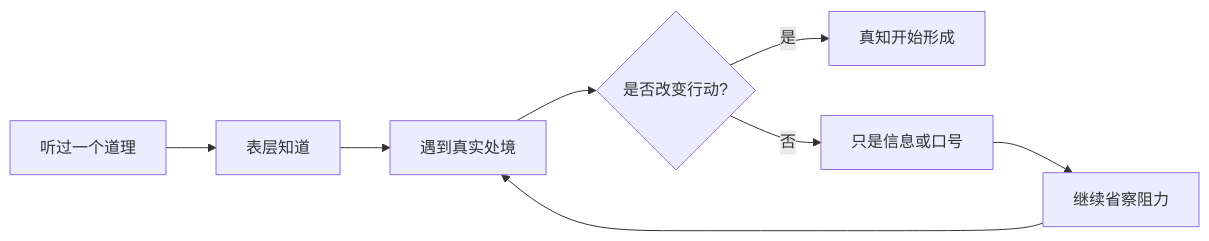
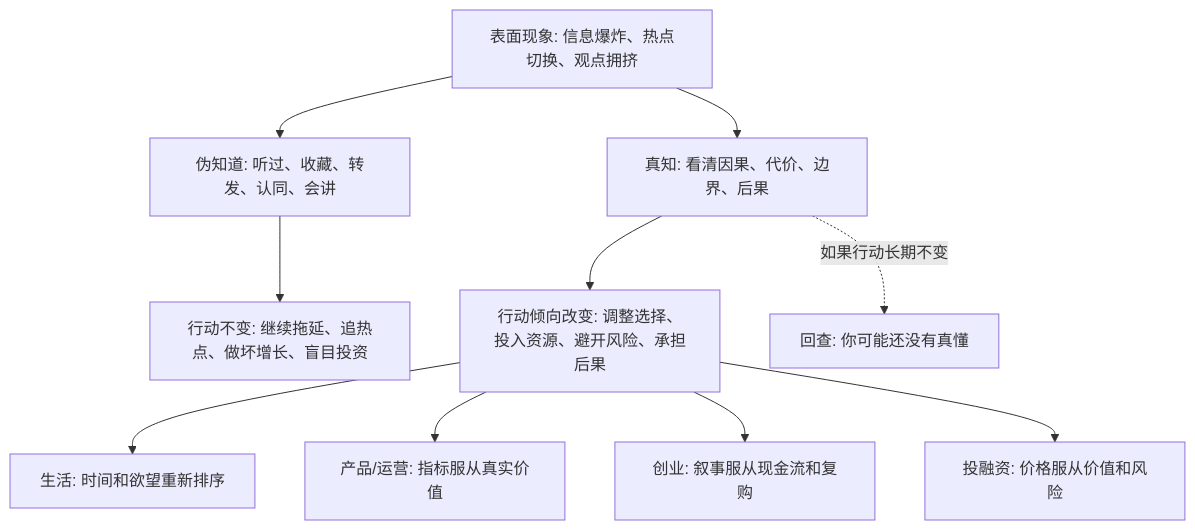
Before and after one commit to digoal/blog: the diagram in 202605/20260518_75.md, drawn with Mermaid. The commit also changed other lines of this file and 51 other files, not shown here.

````diff
--- a/202605/20260518_75.md
+++ b/202605/20260518_75.md
@@ -22,10 +22,12 @@
 ```mermaid
-flowchart LR
-  A["听过一个道理"] --> B["表层知道"]
-  B --> C["遇到真实处境"]
-  C --> D{"是否改变行动?"}
-  D -->|是| E["真知开始形成"]
-  D -->|否| F["只是信息或口号"]
-  F --> G["继续省察阻力"]
-  G --> C
+flowchart TD
+  A["表面现象: 信息爆炸、热点切换、观点拥挤"] --> B["伪知道: 听过、收藏、转发、认同、会讲"]
+  A --> C["真知: 看清因果、代价、边界、后果"]
+  B --> D["行动不变: 继续拖延、追热点、做坏增长、盲目投资"]
+  C --> E["行动倾向改变: 调整选择、投入资源、避开风险、承担后果"]
+  E --> F["生活: 时间和欲望重新排序"]
+  E --> G["产品/运营: 指标服从真实价值"]
+  E --> H["创业: 叙事服从现金流和复购"]
+  E --> I["投融资: 价格服从价值和风险"]
+  C -. "如果行动长期不变" .-> J["回查: 你可能还没有真懂"]
 ```
````
